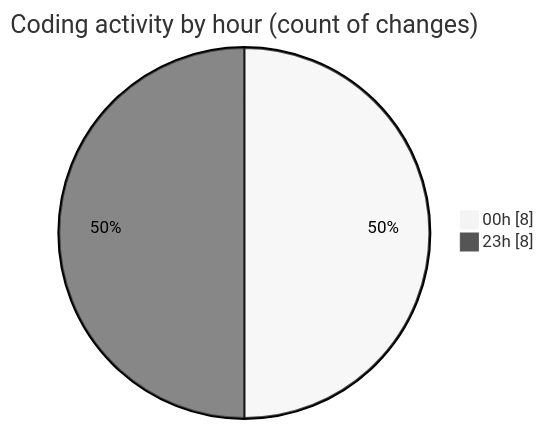
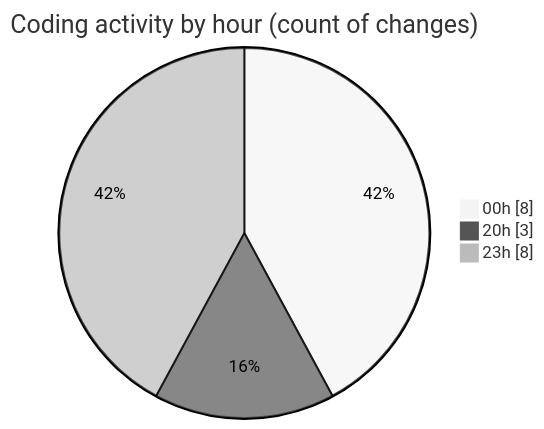
The second of 2 diagrams in 2025-10-16/skintrack/README.md (Netris89/code-tracking), drawn with Mermaid (neutral theme) before and after one commit. The commit also changed other lines of this file and 1 other file, not shown here.

````diff
--- a/2025-10-16/skintrack/README.md
+++ b/2025-10-16/skintrack/README.md
@@ -32,6 +33,7 @@
 ```mermaid
 pie showData
 title Coding activity by hour (count of changes)
 "00h" : 8
+"20h" : 3
 "23h" : 8
 ```
````
